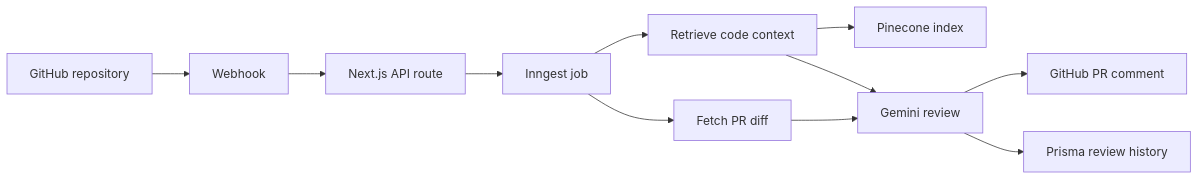
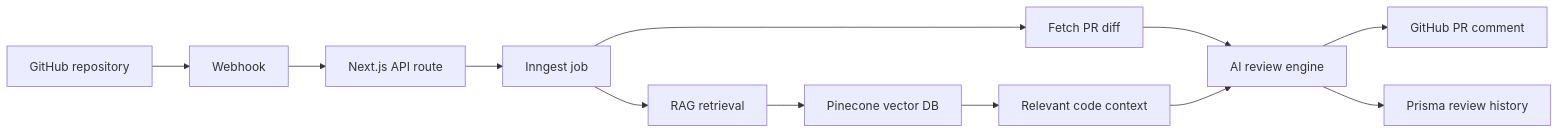
One commit to Kushalkush-dev/codeDRS changed the first of 2 diagrams in README.md. Above: the diagram before and after it, drawn with Mermaid. The commit also changed other lines of this file, not shown here.

````diff
--- a/README.md
+++ b/README.md
@@ -24,13 +34,14 @@
 ```mermaid
 flowchart LR
   A[GitHub repository] --> B[Webhook]
   B --> C[Next.js API route]
   C --> D[Inngest job]
   D --> E[Fetch PR diff]
-  D --> F[Retrieve code context]
-  F --> G[Pinecone index]
-  E --> H[Gemini review]
-  F --> H
+  D --> F[RAG retrieval]
+  F --> G[Pinecone vector DB]
+  G --> K[Relevant code context]
+  E --> H[AI review engine]
+  K --> H
   H --> I[GitHub PR comment]
   H --> J[Prisma review history]
 ```
````
